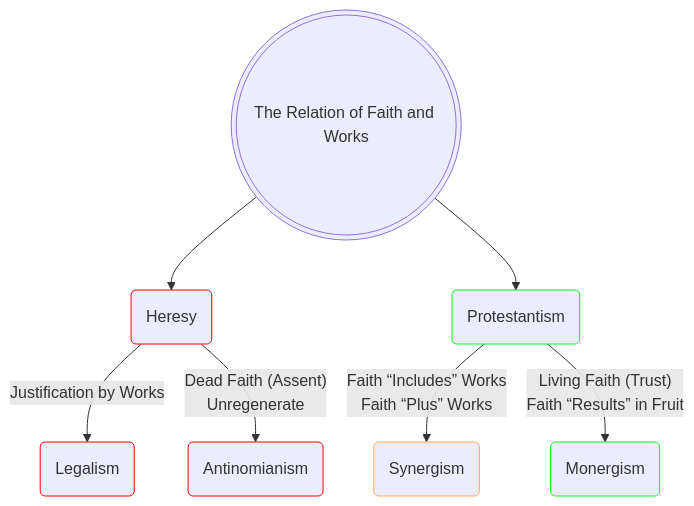
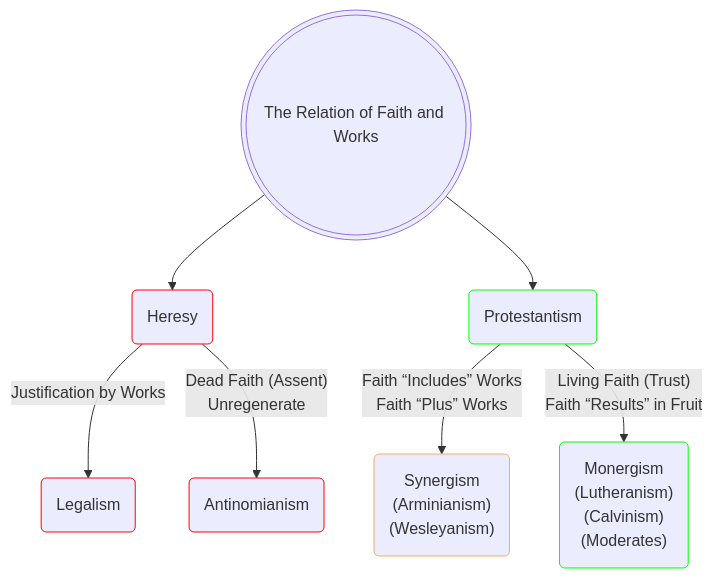
Before and after one commit to OrdoLuminis/ordoluminis.github.io: the diagram in _posts/2025-08-03-historic-protestant-position.markdown, drawn with Mermaid. The commit also changed other lines of this file, not shown here.

Commit message:
associations

````diff
--- a/_posts/2025-08-03-historic-protestant-position.markdown
+++ b/_posts/2025-08-03-historic-protestant-position.markdown
@@ -51,13 +51,13 @@
 ```mermaid
 flowchart TD
     A(((The Relation of Faith and Works)))
     A -->B(Heresy):::red
     A -->C(Protestantism):::green
     B -->|Justification by Works| D(Legalism):::red
     B -->|Dead Faith &lpar;Assent&rpar;<br>Unregenerate| G(Antinomianism):::red
-    C -->|Faith &ldquo;Includes&rdquo; Works<br>Faith &ldquo;Plus&rdquo; Works| E(Synergism):::blue
-    C -->|Living Faith &lpar;Trust&rpar;<br>Faith &ldquo;Results&rdquo; in Fruit| F(Monergism):::green
+    C -->|Faith &ldquo;Includes&rdquo; Works<br>Faith &ldquo;Plus&rdquo; Works| E(Synergism<br>&lpar;Arminianism&rpar;<br>&lpar;Wesleyanism&rpar;):::blue
+    C -->|Living Faith &lpar;Trust&rpar;<br>Faith &ldquo;Results&rdquo; in Fruit| F(Monergism<br>&lpar;Lutheranism&rpar;<br>&lpar;Calvinism&rpar;<br>&lpar;Moderates&rpar;):::green
     classDef red stroke:#f00
     classDef green stroke:#0f0
     classDef blue stroke:#fa5
 ```
````
